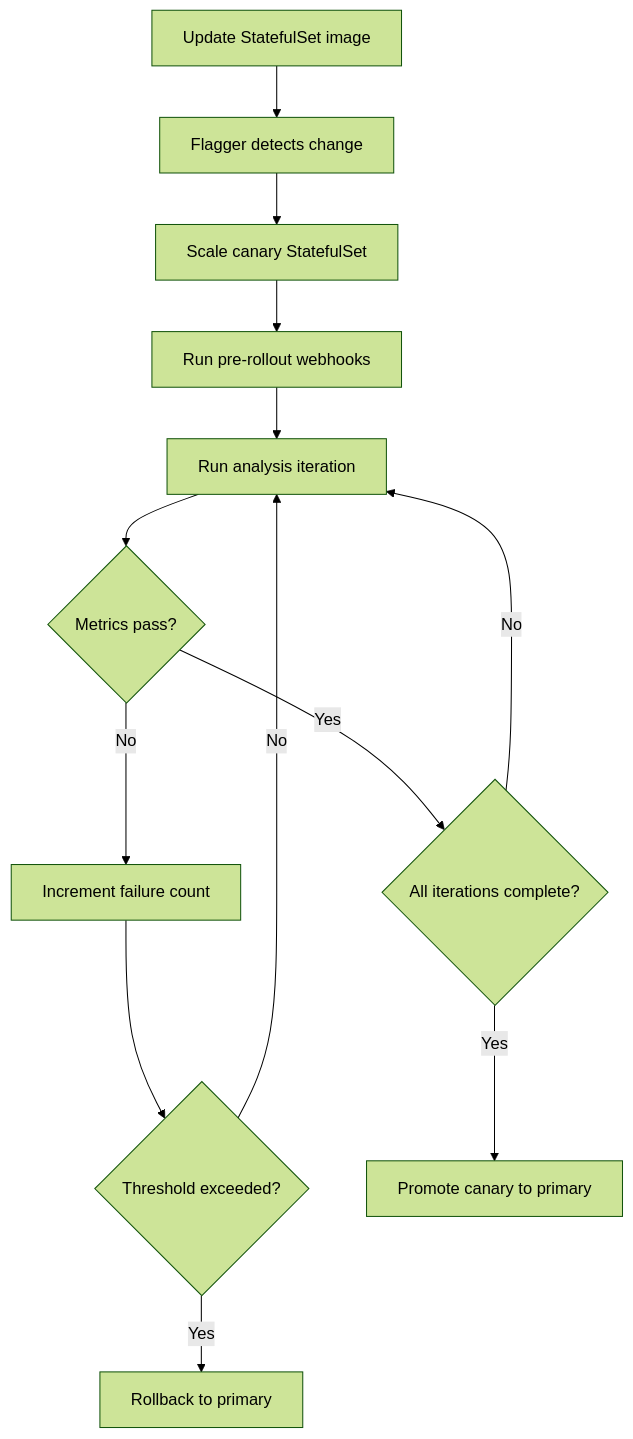
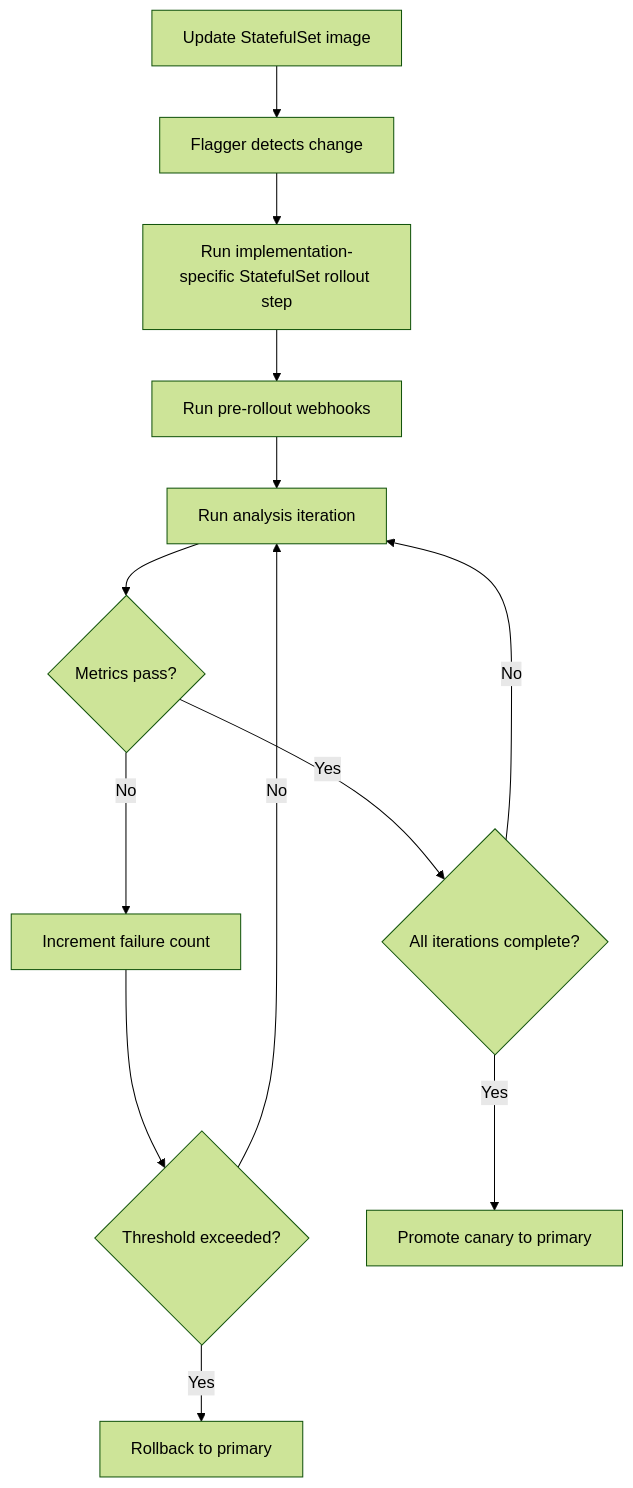
The diagram in posts/2026-03-13-how-to-configure-flagger-canary-resource-for-statefulsets/README.md (OneUptime/blog), drawn with Mermaid (forest theme) before and after one commit. The commit also changed other lines of this file and 2 other files, not shown here.

Commit message:
validate: 2026-03-13-how-to-configure-flagger-canary-resource-for-statefulsets

````diff
--- a/posts/2026-03-13-how-to-configure-flagger-canary-resource-for-statefulsets/README.md
+++ b/posts/2026-03-13-how-to-configure-flagger-canary-resource-for-statefulsets/README.md
@@ -159,15 +146,15 @@
 ```mermaid
 graph TD
     A[Update StatefulSet image] --> B[Flagger detects change]
-    B --> C[Scale canary StatefulSet]
+    B --> C[Run implementation-specific StatefulSet rollout step]
     C --> D[Run pre-rollout webhooks]
     D --> E[Run analysis iteration]
     E --> F{Metrics pass?}
     F -->|Yes| G{All iterations complete?}
     F -->|No| H[Increment failure count]
     H --> I{Threshold exceeded?}
     I -->|Yes| J[Rollback to primary]
     I -->|No| E
     G -->|No| E
     G -->|Yes| K[Promote canary to primary]
 ```
````
